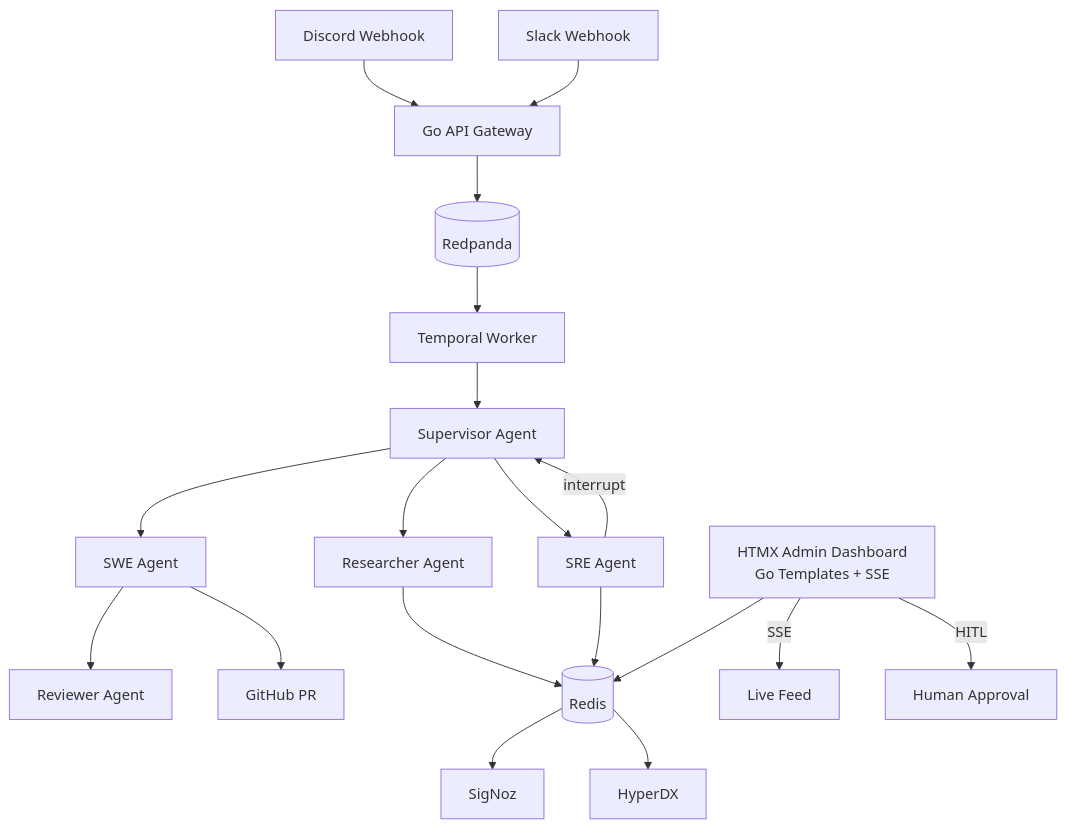
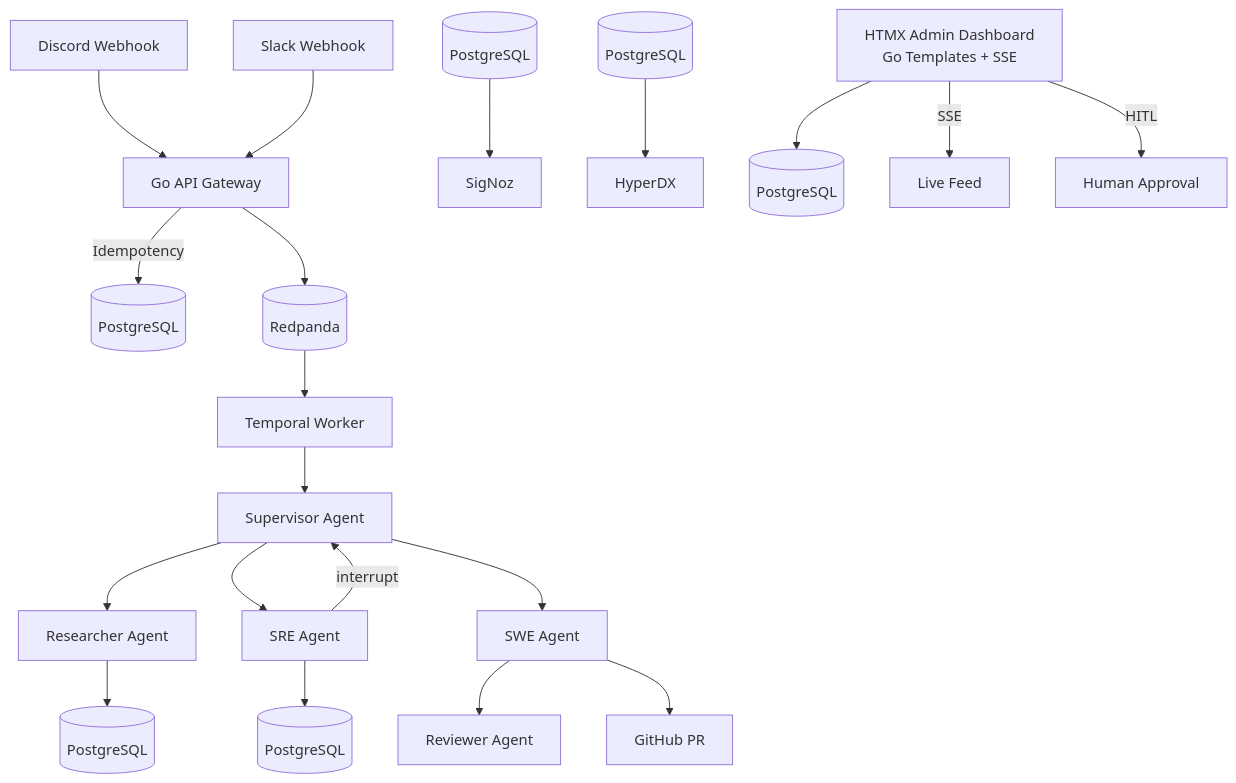
The first of 2 diagrams in README.md (Aparnap2/sarthi_ai), drawn with Mermaid before and after one commit. The commit also changed other lines of this file and 40 other files, not shown here.

First line of the commit message:
refactor: replace Redis with PostgreSQL for all state management

````diff
--- a/README.md
+++ b/README.md
@@ -113,21 +116,22 @@
 ```mermaid
 graph TD
     Discord[Discord Webhook] --> GoAPI[Go API Gateway]
     Slack[Slack Webhook] --> GoAPI
+    GoAPI -->|Idempotency| Postgres1[(PostgreSQL)]
     GoAPI --> Redpanda[(Redpanda)]
     Redpanda --> Temporal[Temporal Worker]
     Temporal --> Supervisor[Supervisor Agent]
     Supervisor --> Researcher[Researcher Agent]
     Supervisor --> SRE[SRE Agent]
     Supervisor --> SWE[SWE Agent]
     SWE --> Reviewer[Reviewer Agent]
     SWE --> GitHub[GitHub PR]
-    Researcher --> Redis[(Redis)]
-    SRE --> Redis
+    Researcher --> Postgres2[(PostgreSQL)]
+    SRE --> Postgres3[(PostgreSQL)]
     SRE -->|interrupt| Supervisor
-    Redis --> SigNoz[SigNoz]
-    Redis --> HyperDX[HyperDX]
-    AdminPanel[HTMX Admin Dashboard<br/>Go Templates + SSE] --> Redis
+    Postgres4[(PostgreSQL)] --> SigNoz[SigNoz]
+    Postgres5[(PostgreSQL)] --> HyperDX[HyperDX]
+    AdminPanel[HTMX Admin Dashboard<br/>Go Templates + SSE] --> Postgres6[(PostgreSQL)]
     AdminPanel -->|SSE| LiveFeed[Live Feed]
     AdminPanel -->|HITL| Approval[Human Approval]
 ```
````
